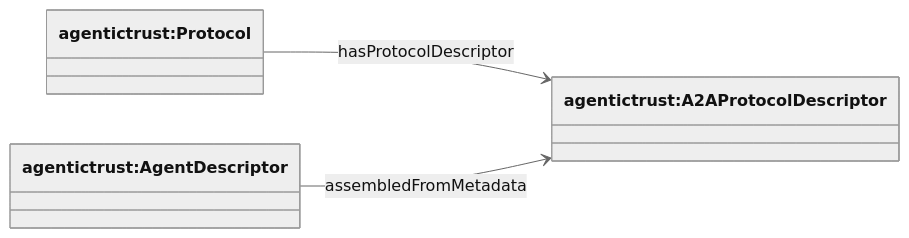
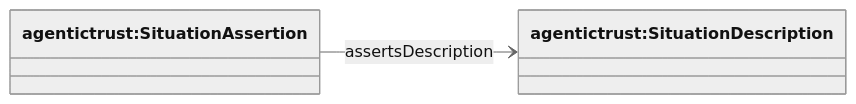
The third of 4 diagrams in docs/ontology/description.md (Agentic-Trust-Layer/agent-explorer), drawn with Mermaid (neutral theme) before and after one commit. The commit also changed other lines of this file and 8 other files, not shown here.

````diff
--- a/docs/ontology/description.md
+++ b/docs/ontology/description.md
@@ -158,11 +71,9 @@
 ```mermaid
 classDiagram
 direction LR
 
-class Protocol["agentictrust:Protocol"]
-class A2AProtocolDescriptor["agentictrust:A2AProtocolDescriptor"]
-class AgentDescriptor["agentictrust:AgentDescriptor"]
+class SituationAssertion["agentictrust:SituationAssertion"]
+class SituationDescription["agentictrust:SituationDescription"]
 
-Protocol --> A2AProtocolDescriptor : hasProtocolDescriptor
-AgentDescriptor --> A2AProtocolDescriptor : assembledFromMetadata
+SituationAssertion --> SituationDescription : assertsDescription
 ```
````
